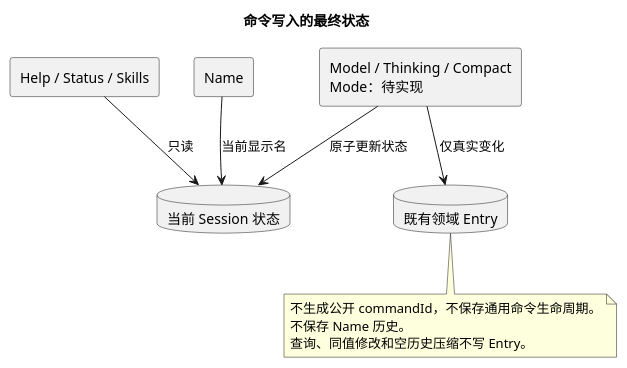
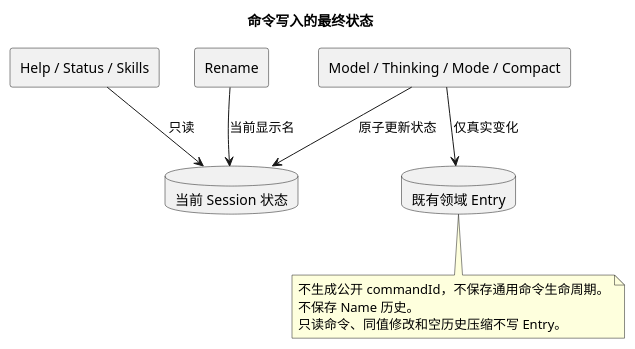
The fourth of 5 diagrams in 01-总体架构/04-CampusClaw命令系统/diagram.puml (ssm0808/pi-mono-java-design), drawn with PlantUML before and after one commit. The commit also changed other lines of this file and 71 other files, not shown here.

```diff
--- a/01-总体架构/04-CampusClaw命令系统/diagram.puml
+++ b/01-总体架构/04-CampusClaw命令系统/diagram.puml
@@ -103,20 +104,20 @@
 @startuml authoritative_command_state
 title 命令写入的最终状态
 ' 源码证据：pi-mono-java@53eff85c modules/coding-agent-cli/src/main/java/com/campusclaw/codingagent/runtimeapi/session/RuntimeSessionUpdateService.java prepare。
-' 架构决策：只保存当前名称和既有领域 Entry，不建立通用命令历史；mode 命令待实现。
+' 架构决策：只保存当前名称和既有领域 Entry，不建立通用命令历史。
 skinparam shadowing false
 rectangle "Help / Status / Skills" as Read
-rectangle "Name" as Name
-rectangle "Model / Thinking / Compact\nMode：待实现" as Domain
+rectangle "Rename" as Name
+rectangle "Model / Thinking / Mode / Compact" as Domain
 database "当前 Session 状态" as Session
 database "既有领域 Entry" as Entries
 Read --> Session : 只读
 Name --> Session : 当前显示名
 Domain --> Session : 原子更新状态
 Domain --> Entries : 仅真实变化
 note bottom
 不生成公开 commandId，不保存通用命令生命周期。
 不保存 Name 历史。
-查询、同值修改和空历史压缩不写 Entry。
+只读命令、同值修改和空历史压缩不写 Entry。
 end note
 @enduml
```
